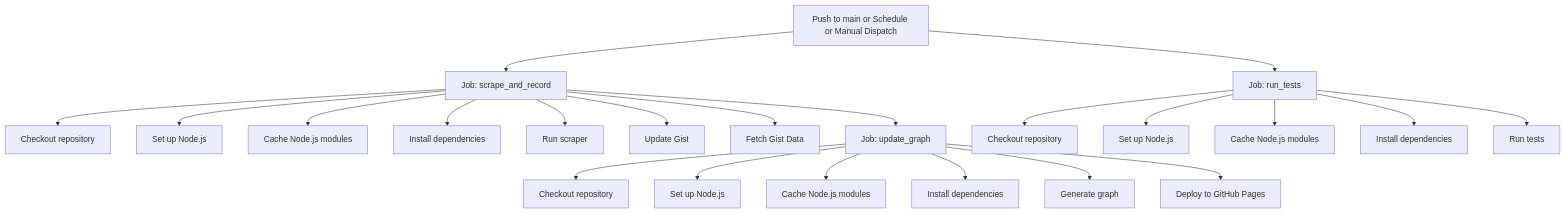
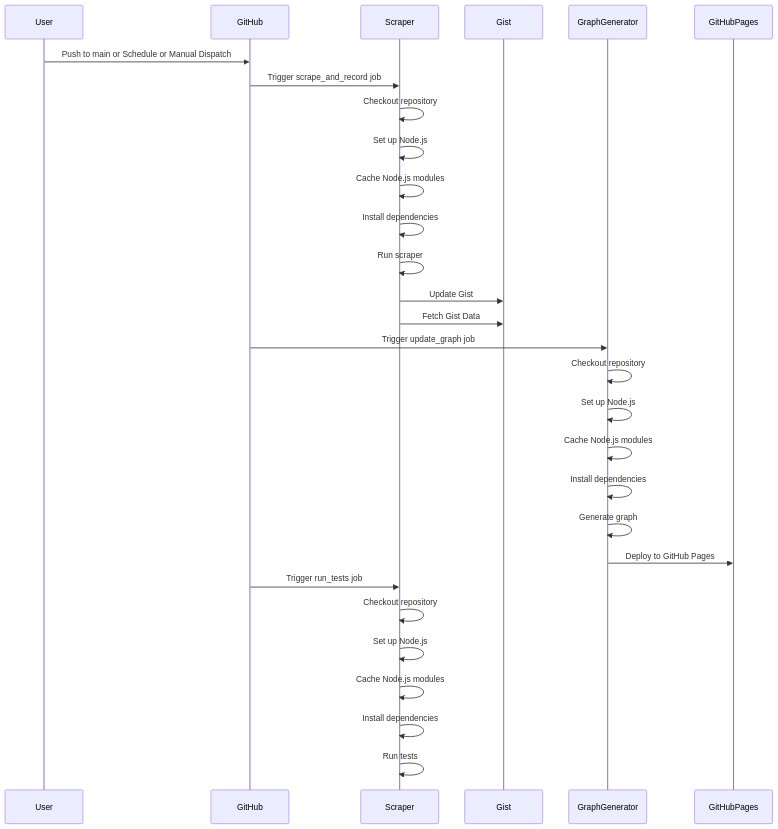
Before and after one commit to yasugahira0810/UCSSMonitor: the diagram in mermaid_flowchart.md, drawn with Mermaid. The commit also changed 1 other file, not shown here.

Commit message:
Update mermaid flowchart

````diff
--- a/mermaid_flowchart.md
+++ b/mermaid_flowchart.md
@@ -1,24 +1,32 @@
 ```mermaid
-graph TD
-    A[Push to main or Schedule or Manual Dispatch] --> B[Job: scrape_and_record]
-    B --> B1[Checkout repository]
-    B --> B2[Set up Node.js]
-    B --> B3[Cache Node.js modules]
-    B --> B4[Install dependencies]
-    B --> B5[Run scraper]
-    B --> B6[Update Gist]
-    B --> B7[Fetch Gist Data]
-    B --> C[Job: update_graph]
-    C --> C1[Checkout repository]
-    C --> C2[Set up Node.js]
-    C --> C3[Cache Node.js modules]
-    C --> C4[Install dependencies]
-    C --> C5[Generate graph]
-    C --> C6[Deploy to GitHub Pages]
-    A --> D[Job: run_tests]
-    D --> D1[Checkout repository]
-    D --> D2[Set up Node.js]
-    D --> D3[Cache Node.js modules]
-    D --> D4[Install dependencies]
-    D --> D5[Run tests]
+sequenceDiagram
+    participant User
+    participant GitHub
+    participant Scraper
+    participant Gist
+    participant GraphGenerator
+    participant GitHubPages
+
+    User->>GitHub: Push to main or Schedule or Manual Dispatch
+    GitHub->>Scraper: Trigger scrape_and_record job
+    Scraper->>Scraper: Checkout repository
+    Scraper->>Scraper: Set up Node.js
+    Scraper->>Scraper: Cache Node.js modules
+    Scraper->>Scraper: Install dependencies
+    Scraper->>Scraper: Run scraper
+    Scraper->>Gist: Update Gist
+    Scraper->>Gist: Fetch Gist Data
+    GitHub->>GraphGenerator: Trigger update_graph job
+    GraphGenerator->>GraphGenerator: Checkout repository
+    GraphGenerator->>GraphGenerator: Set up Node.js
+    GraphGenerator->>GraphGenerator: Cache Node.js modules
+    GraphGenerator->>GraphGenerator: Install dependencies
+    GraphGenerator->>GraphGenerator: Generate graph
+    GraphGenerator->>GitHubPages: Deploy to GitHub Pages
+    GitHub->>Scraper: Trigger run_tests job
+    Scraper->>Scraper: Checkout repository
+    Scraper->>Scraper: Set up Node.js
+    Scraper->>Scraper: Cache Node.js modules
+    Scraper->>Scraper: Install dependencies
+    Scraper->>Scraper: Run tests
 ```
````
